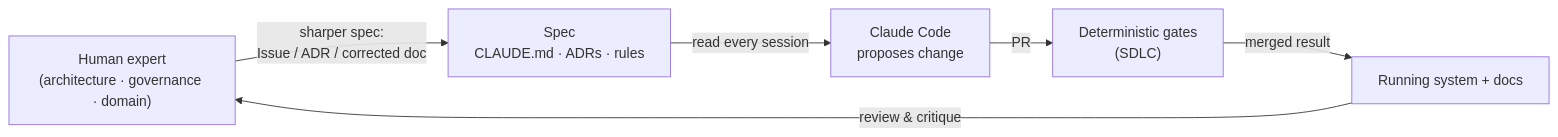
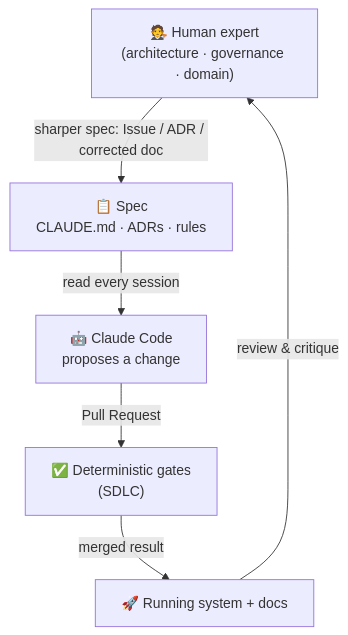
Before and after one commit to ma3u/MinimumViableHealthDataspacev2: the second of 2 diagrams in docs/AGENTIC-DEVELOPMENT-WITH-CLAUDE-CODE.md, drawn with Mermaid. The commit also changed other lines of this file, not shown here.

First line of the commit message:
docs(agentic): clarity pass — per-section 'why it matters', tool/concept links, top-down diagrams (#55) (#64)

````diff
--- a/docs/AGENTIC-DEVELOPMENT-WITH-CLAUDE-CODE.md
+++ b/docs/AGENTIC-DEVELOPMENT-WITH-CLAUDE-CODE.md
@@ -220,8 +260,13 @@
 ```mermaid
-flowchart LR
-    H["Human expert\n(architecture · governance · domain)"] -->|"sharper spec:\nIssue / ADR / corrected doc"| S["Spec\nCLAUDE.md · ADRs · rules"]
-    S -->|"read every session"| A["Claude Code\nproposes change"]
-    A -->|"PR"| G["Deterministic gates\n(SDLC)"]
-    G -->|"merged result"| R["Running system + docs"]
-    R -->|"review & critique"| H
+flowchart TD
+    H["🧑‍⚖️ Human expert<br/>(architecture · governance · domain)"]
+    S["📋 Spec<br/>CLAUDE.md · ADRs · rules"]
+    A["🤖 Claude Code<br/>proposes a change"]
+    G["✅ Deterministic gates<br/>(SDLC)"]
+    R["🚀 Running system + docs"]
+    H -->|"sharper spec: Issue / ADR / corrected doc"| S
+    S -->|"read every session"| A
+    A -->|"Pull Request"| G
+    G -->|"merged result"| R
+    R -->|"review &amp; critique"| H
 ```
````
